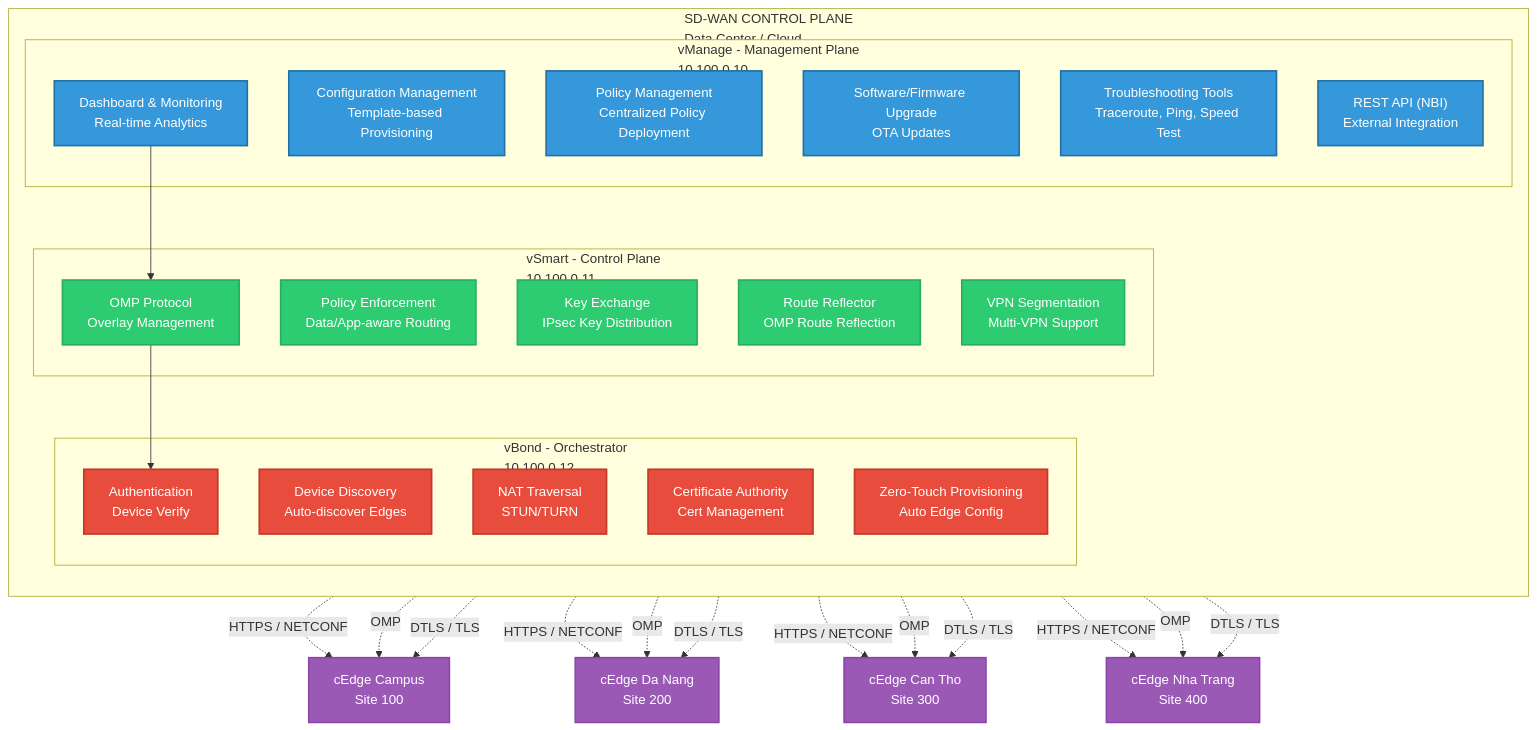
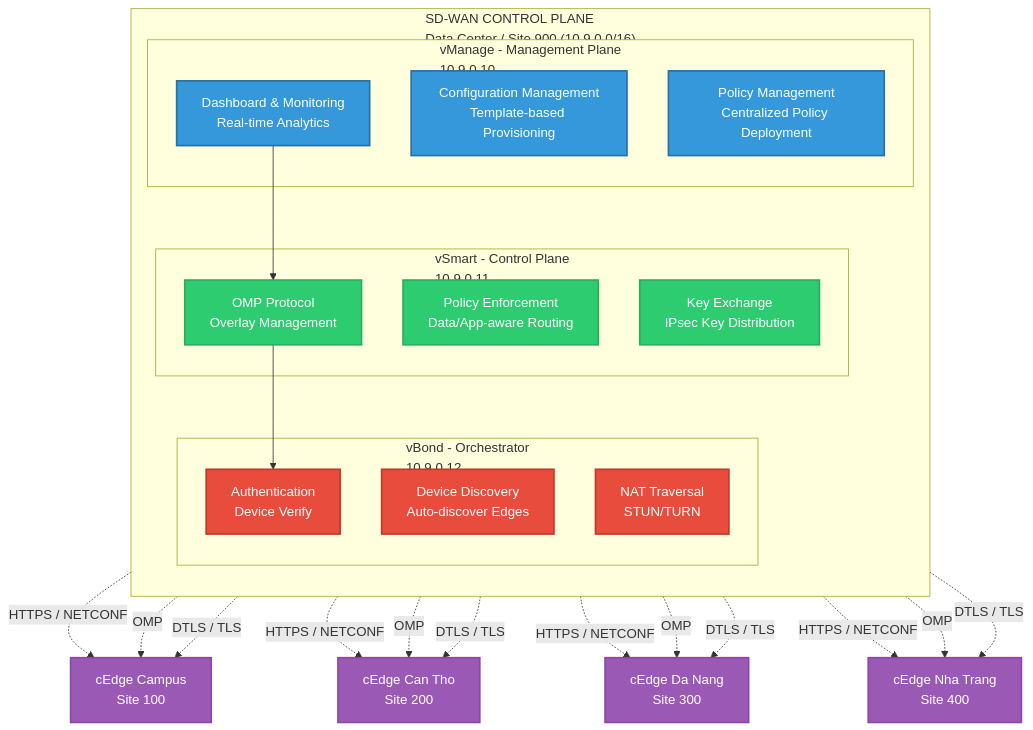
The second of 6 diagrams in campus_network_sdn_sdwan.md (nhanhuutran007/Campus_Network_SDN_SD-WAN), drawn with Mermaid before and after one commit. The commit also changed other lines of this file and 5 other files, not shown here.

````diff
--- a/campus_network_sdn_sdwan.md
+++ b/campus_network_sdn_sdwan.md
@@ -344,62 +250,55 @@
 ```mermaid
 graph TB
-    subgraph SDWAN_CTRL["SD-WAN CONTROL PLANE<br/>Data Center / Cloud"]
+    subgraph SDWAN_CTRL["SD-WAN CONTROL PLANE<br/>Data Center / Site 900 (10.9.0.0/16)"]
         direction TB
 
-        subgraph VMANAGE["vManage - Management Plane<br/>10.100.0.10"]
+        subgraph VMANAGE["vManage - Management Plane<br/>10.9.0.10"]
             VM_DASH["Dashboard & Monitoring<br/>Real-time Analytics"]
             VM_CONFIG["Configuration Management<br/>Template-based Provisioning"]
             VM_POLICY["Policy Management<br/>Centralized Policy Deployment"]
-            VM_FIRMWARE["Software/Firmware Upgrade<br/>OTA Updates"]
-            VM_TROUBLE["Troubleshooting Tools<br/>Traceroute, Ping, Speed Test"]
-            VM_API["REST API (NBI)<br/>External Integration"]
         end
 
-        subgraph VSMART["vSmart - Control Plane<br/>10.100.0.11"]
+        subgraph VSMART["vSmart - Control Plane<br/>10.9.0.11"]
             VS_OMP["OMP Protocol<br/>Overlay Management"]
             VS_POLICY["Policy Enforcement<br/>Data/App-aware Routing"]
             VS_CRYPTO["Key Exchange<br/>IPsec Key Distribution"]
-            VS_ROUTE["Route Reflector<br/>OMP Route Reflection"]
-            VS_SEG["VPN Segmentation<br/>Multi-VPN Support"]
         end
 
-        subgraph VBOND["vBond - Orchestrator<br/>10.100.0.12"]
+        subgraph VBOND["vBond - Orchestrator<br/>10.9.0.12"]
             VB_AUTH["Authentication<br/>Device Verify"]
             VB_DISC["Device Discovery<br/>Auto-discover Edges"]
             VB_STUN["NAT Traversal<br/>STUN/TURN"]
-            VB_CERT["Certificate Authority<br/>Cert Management"]
-            VB_ZTP["Zero-Touch Provisioning<br/>Auto Edge Config"]
         end
     end
 
     %% Connections
     VM_DASH --> VS_OMP
     VS_OMP --> VB_AUTH
 
     %% To Edges
     VMANAGE -.->|"HTTPS / NETCONF"| EDGE1["cEdge Campus<br/>Site 100"]
     VSMART -.->|"OMP"| EDGE1
     VBOND -.->|"DTLS / TLS"| EDGE1
 
-    VMANAGE -.->|"HTTPS / NETCONF"| EDGE2["cEdge Da Nang<br/>Site 200"]
+    VMANAGE -.->|"HTTPS / NETCONF"| EDGE2["cEdge Can Tho<br/>Site 200"]
     VSMART -.->|"OMP"| EDGE2
     VBOND -.->|"DTLS / TLS"| EDGE2
 
-    VMANAGE -.->|"HTTPS / NETCONF"| EDGE3["cEdge Can Tho<br/>Site 300"]
+    VMANAGE -.->|"HTTPS / NETCONF"| EDGE3["cEdge Da Nang<br/>Site 300"]
     VSMART -.->|"OMP"| EDGE3
     VBOND -.->|"DTLS / TLS"| EDGE3
 
     VMANAGE -.->|"HTTPS / NETCONF"| EDGE4["cEdge Nha Trang<br/>Site 400"]
     VSMART -.->|"OMP"| EDGE4
     VBOND -.->|"DTLS / TLS"| EDGE4
 
     classDef mgmt fill:#3498DB,stroke:#2471A3,color:#fff,stroke-width:2px
     classDef smart fill:#2ECC71,stroke:#27AE60,color:#fff,stroke-width:2px
     classDef bond fill:#E74C3C,stroke:#C0392B,color:#fff,stroke-width:2px
     classDef edge fill:#9B59B6,stroke:#8E44AD,color:#fff,stroke-width:2px
 
-    class VM_DASH,VM_CONFIG,VM_POLICY,VM_FIRMWARE,VM_TROUBLE,VM_API mgmt
-    class VS_OMP,VS_POLICY,VS_CRYPTO,VS_ROUTE,VS_SEG smart
-    class VB_AUTH,VB_DISC,VB_STUN,VB_CERT,VB_ZTP bond
+    class VM_DASH,VM_CONFIG,VM_POLICY mgmt
+    class VS_OMP,VS_POLICY,VS_CRYPTO smart
+    class VB_AUTH,VB_DISC,VB_STUN bond
     class EDGE1,EDGE2,EDGE3,EDGE4 edge
 ```
````
